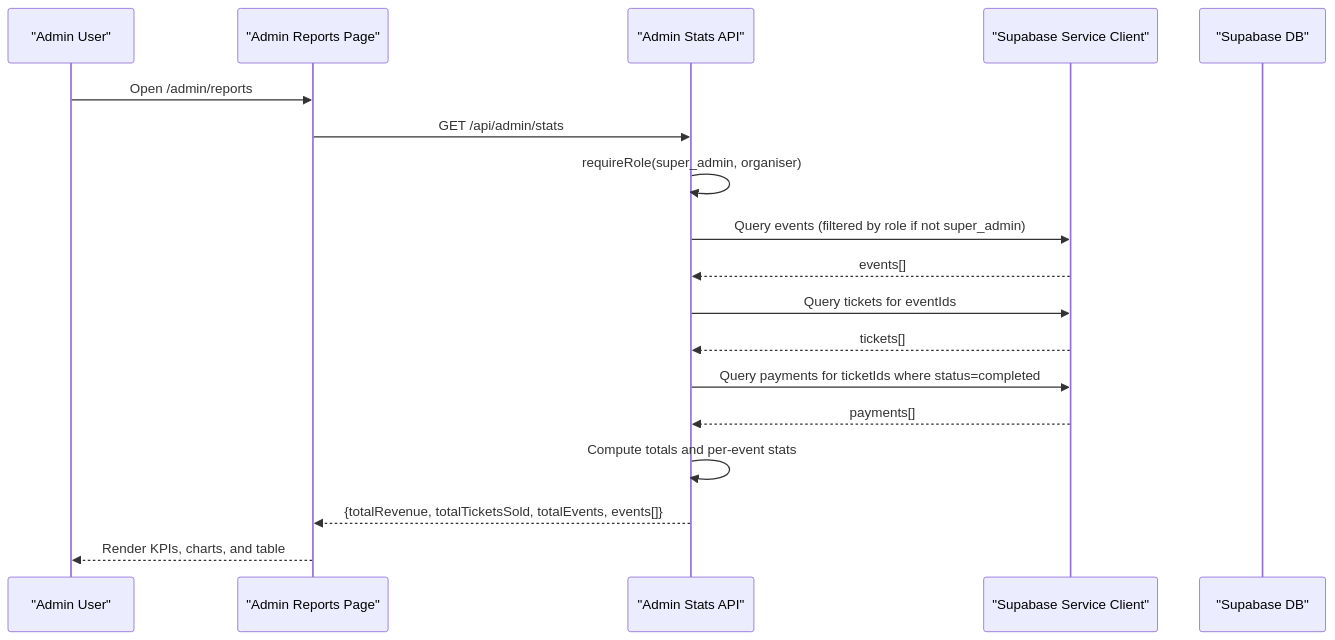
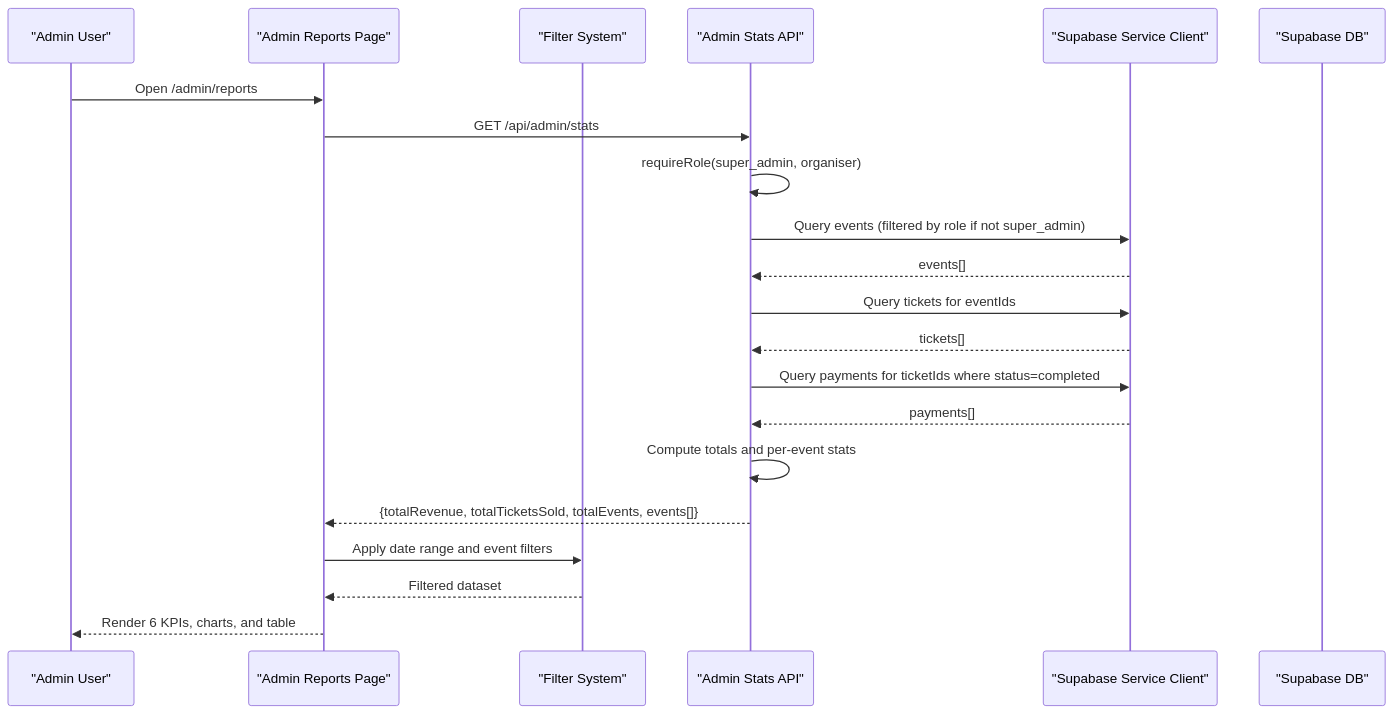
One commit to ObeyMuchechesi/TicketFlow changed the second of 5 diagrams in .qoder/repowiki/en/content/Admin Dashboard/Analytics & Reports.md. Above: the diagram before and after it, drawn with Mermaid. The commit also changed other lines of this file and 12 other files, not shown here.

First line of the commit message:
docs: EcoCash schema columns and project documentation refresh

````diff
--- a/.qoder/repowiki/en/content/Admin Dashboard/Analytics & Reports.md
+++ b/.qoder/repowiki/en/content/Admin Dashboard/Analytics & Reports.md
@@ -108,20 +131,23 @@
 ```mermaid
 sequenceDiagram
 participant User as "Admin User"
 participant Page as "Admin Reports Page"
+participant Filters as "Filter System"
 participant API as "Admin Stats API"
 participant SB as "Supabase Service Client"
 participant DB as "Supabase DB"
 User->>Page : Open /admin/reports
 Page->>API : GET /api/admin/stats
 API->>API : requireRole(super_admin, organiser)
 API->>SB : Query events (filtered by role if not super_admin)
 SB-->>API : events[]
 API->>SB : Query tickets for eventIds
 SB-->>API : tickets[]
 API->>SB : Query payments for ticketIds where status=completed
 SB-->>API : payments[]
 API->>API : Compute totals and per-event stats
 API-->>Page : {totalRevenue, totalTicketsSold, totalEvents, events[]}
-Page-->>User : Render KPIs, charts, and table
+Page->>Filters : Apply date range and event filters
+Filters-->>Page : Filtered dataset
+Page-->>User : Render 6 KPIs, charts, and table
 ```
````
